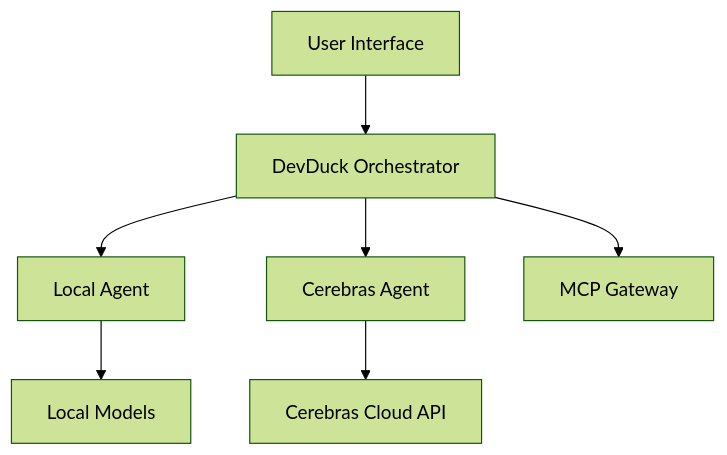
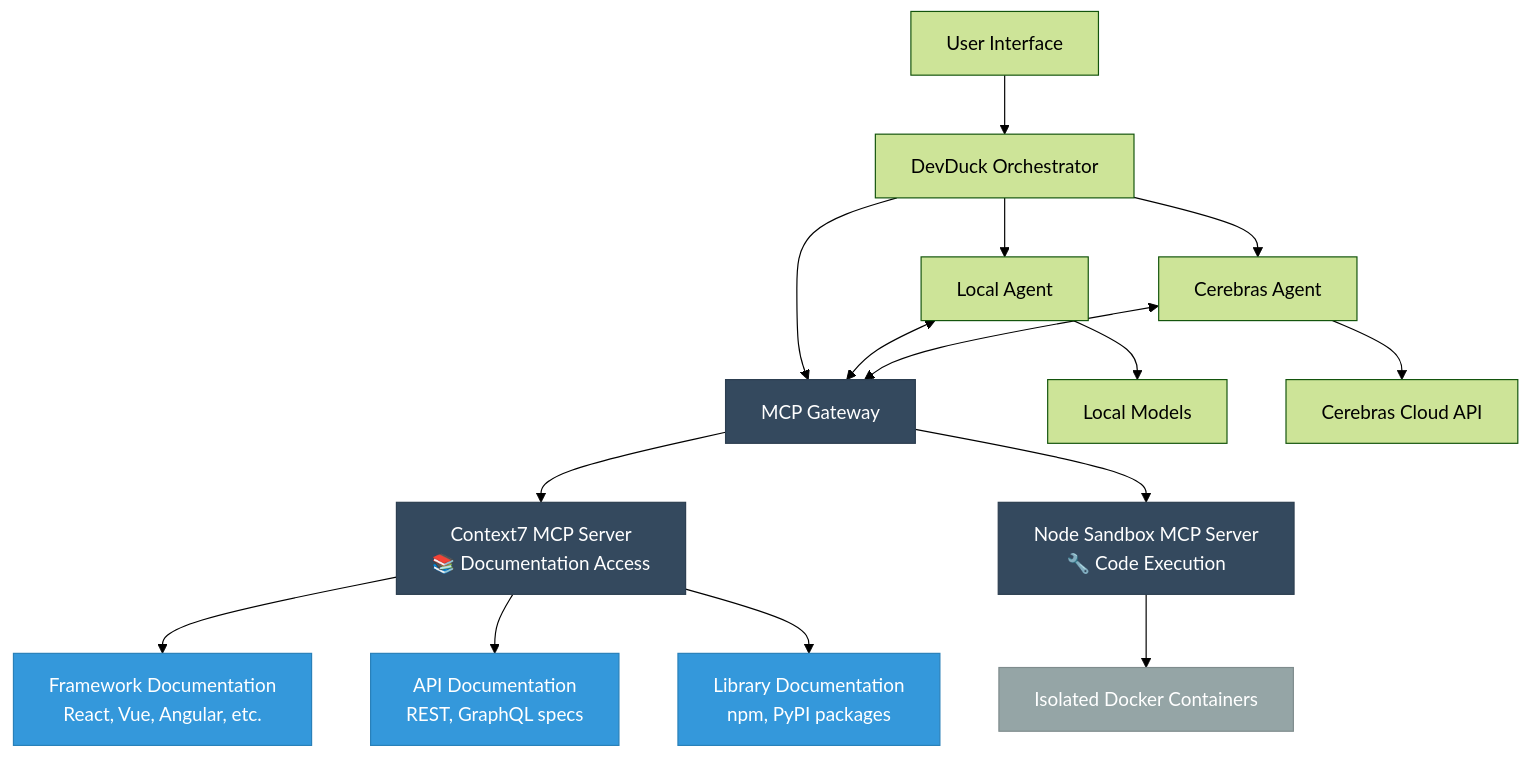
One commit to dockersamples/labspace-devduck changed the diagram in .labspace/01-introduction.md. Above: the diagram before and after it, drawn with Mermaid (forest theme). The commit also changed other lines of this file, not shown here.

````diff
--- a/.labspace/01-introduction.md
+++ b/.labspace/01-introduction.md
@@ -12,9 +12,38 @@
 ```mermaid
 graph TD
     A[User Interface] --> B[DevDuck Orchestrator]
+    
+    %% Agent layer
     B --> C[Local Agent]
-    B --> D[Cerebras Agent]
+    B --> D[Cerebras Agent] 
+    B --> G[MCP Gateway]
+    
+    %% Model connections
     C --> E[Local Models]
     D --> F[Cerebras Cloud API]
-    B --> G[MCP Gateway]
+    
+    %% Bidirectional agent-MCP connections
+    C <--> G
+    D <--> G
+    
+    %% MCP Gateway to servers
+    G --> H[Context7 MCP Server<br/>📚 Documentation Access]
+    G --> I[Node Sandbox MCP Server<br/>🔧 Code Execution]
+    
+    %% Context7 external connections
+    H --> J[Framework Documentation<br/>React, Vue, Angular, etc.]
+    H --> K[API Documentation<br/>REST, GraphQL specs]
+    H --> L[Library Documentation<br/>npm, PyPI packages]
+    
+    %% Sandbox connections
+    I --> M[Isolated Docker Containers]
+    
+    %% Styling
+    classDef mcp fill:#34495e,stroke:#2c3e50,color:#fff
+    classDef docs fill:#3498db,stroke:#2980b9,color:#fff
+    classDef containers fill:#95a5a6,stroke:#7f8c8d,color:#fff
+    
+    class G,H,I mcp
+    class J,K,L docs
+    class M containers
 ```
````
